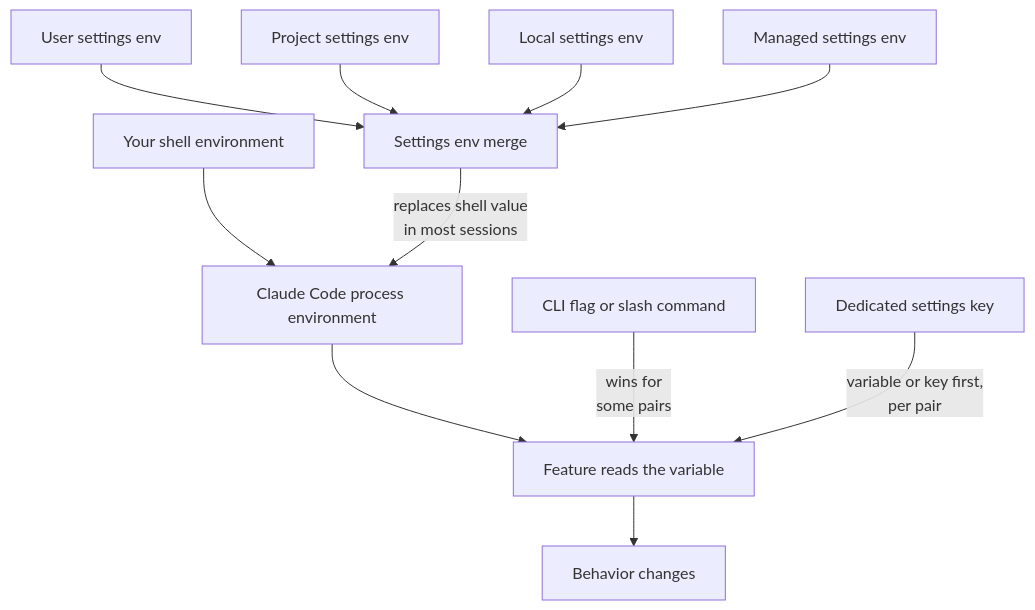
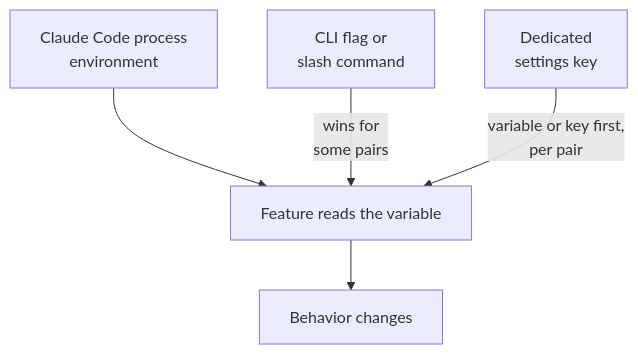
The second of 2 diagrams in docs/configure/env-vars/index.md (xsyetopz/claude-code-docs), drawn with Mermaid before and after one commit. The commit also changed other lines of this file and 19 other files, not shown here.

Commit message:
docs: split diagrams that overflow at 1280px

````diff
--- a/docs/configure/env-vars/index.md
+++ b/docs/configure/env-vars/index.md
@@ -28,13 +40,7 @@
 ```mermaid
 flowchart TD
-  Shell[Your shell environment] --> Proc[Claude Code process environment]
-  User[User settings env] --> Merge[Settings env merge]
-  Project[Project settings env] --> Merge
-  Local[Local settings env] --> Merge
-  Managed[Managed settings env] --> Merge
-  Merge -->|"replaces shell value<br/>in most sessions"| Proc
-  Proc --> Read[Feature reads the variable]
-  Flag[CLI flag or slash command] -->|"wins for<br/>some pairs"| Read
-  Key[Dedicated settings key] -->|"variable or key first,<br/>per pair"| Read
+  Proc["Claude Code process<br/>environment"] --> Read[Feature reads the variable]
+  Flag["CLI flag or<br/>slash command"] -->|"wins for<br/>some pairs"| Read
+  Key["Dedicated<br/>settings key"] -->|"variable or key first,<br/>per pair"| Read
   Read --> Effect[Behavior changes]
 ```
````
